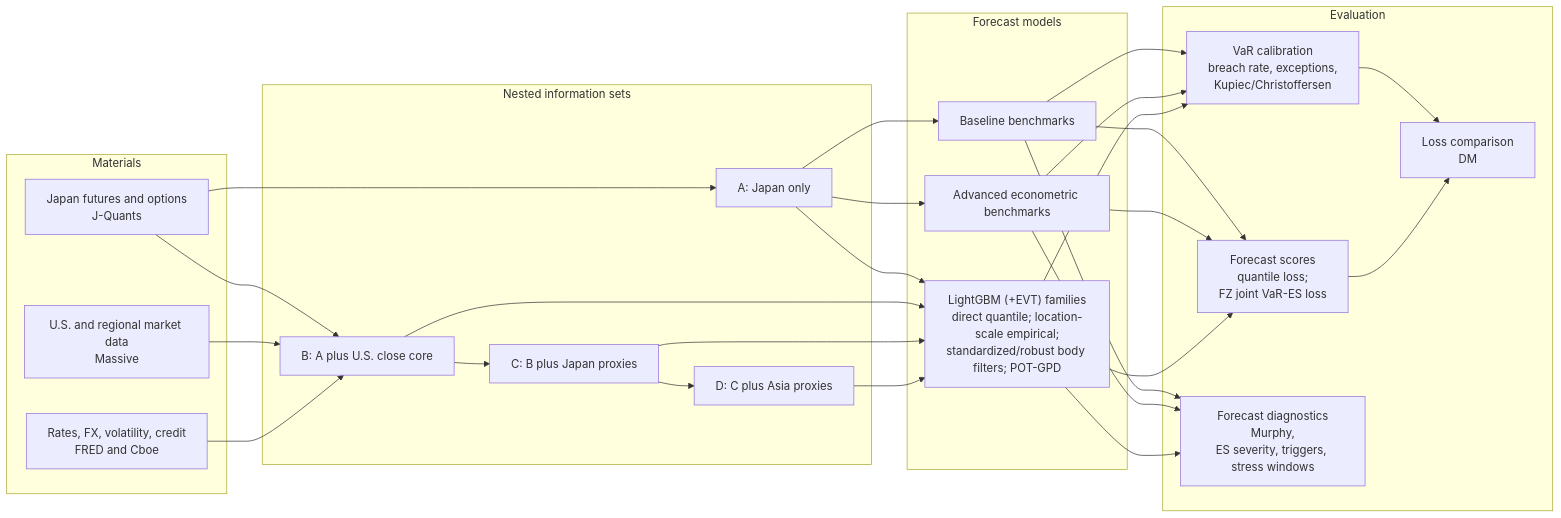
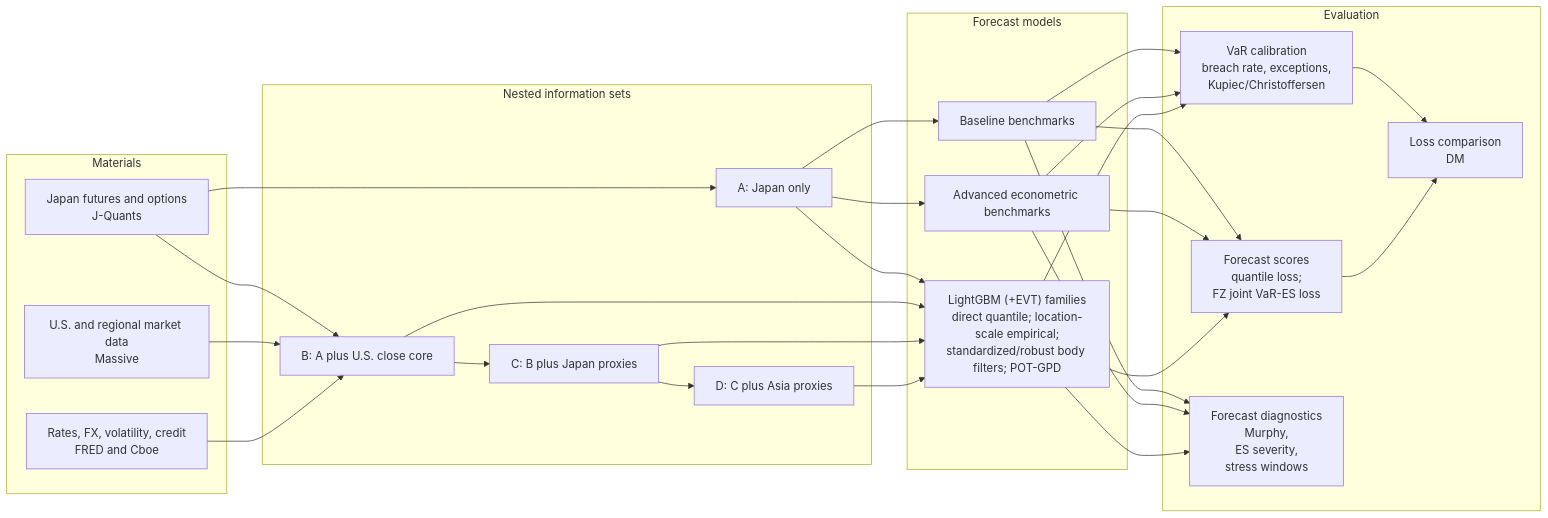
Before and after one commit to TY-Cheng/n225-open-gap-tail: the second of 2 diagrams in docs/paper_plan.md, drawn with Mermaid. The commit also changed other lines of this file and 123 other files, not shown here.

````diff
--- a/docs/paper_plan.md
+++ b/docs/paper_plan.md
@@ -411,52 +483,52 @@
 ```mermaid
 flowchart LR
     subgraph Data["Materials"]
         J["Japan futures and options<br/>J-Quants"]
         U["U.S. and regional market data<br/>Massive"]
         M["Rates, FX, volatility, credit<br/>FRED and Cboe"]
     end
 
     subgraph Features["Nested information sets"]
         A["A: Japan only"]
         B["B: A plus U.S. close core"]
         C["C: B plus Japan proxies"]
         D["D: C plus Asia proxies"]
     end
 
     subgraph Models["Forecast models"]
         BF["Baseline benchmarks"]
         AB["Advanced econometric benchmarks"]
         LGBM["LightGBM (+EVT) families<br/>direct quantile; location-scale empirical;<br/>standardized/robust body filters; POT-GPD"]
     end
 
     subgraph Evaluation["Evaluation"]
         CAL["VaR calibration<br/>breach rate, exceptions,<br/>Kupiec/Christoffersen"]
         LOSS["Forecast scores<br/>quantile loss;<br/>FZ joint VaR-ES loss"]
         INF["Loss comparison<br/>DM"]
-        DIAG["Forecast diagnostics<br/>Murphy,<br/>ES severity, triggers, stress windows"]
+        DIAG["Forecast diagnostics<br/>Murphy,<br/>ES severity,<br/>stress windows"]
     end
 
     J --> A
     J --> B
     U --> B
     M --> B
     B --> C
     C --> D
     A --> BF
     A --> AB
     A --> LGBM
     B --> LGBM
     C --> LGBM
     D --> LGBM
     BF --> CAL
     BF --> LOSS
     BF --> DIAG
     AB --> CAL
     AB --> LOSS
     AB --> DIAG
     LGBM --> CAL
     LGBM --> LOSS
     LGBM --> DIAG
     CAL --> INF
     LOSS --> INF
 ```
````
